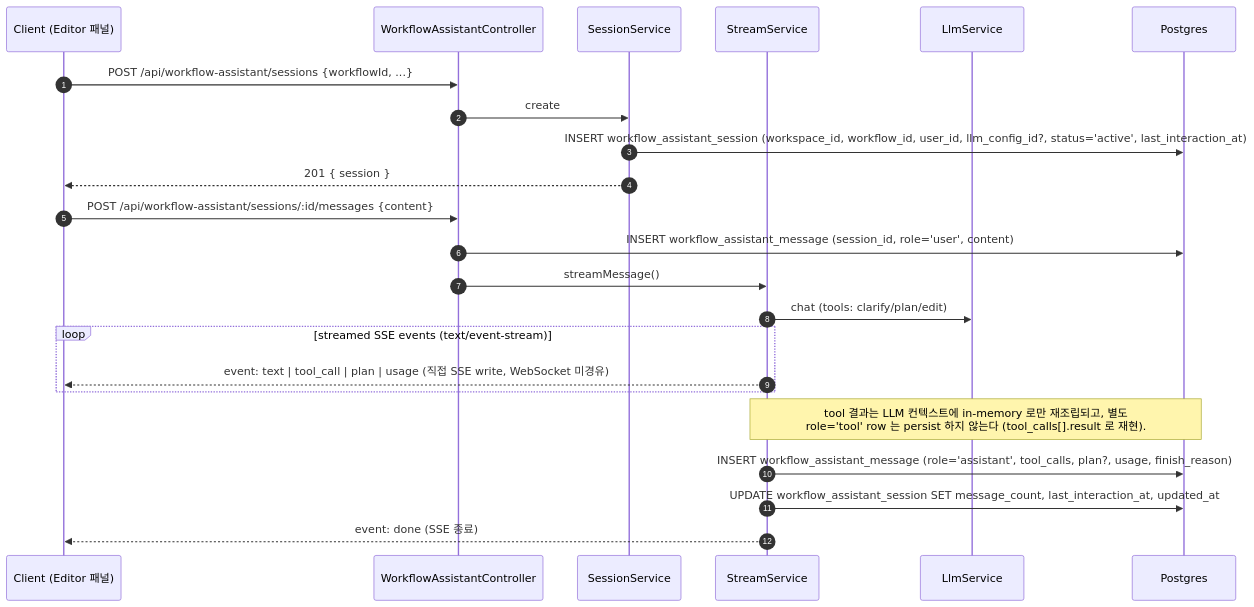
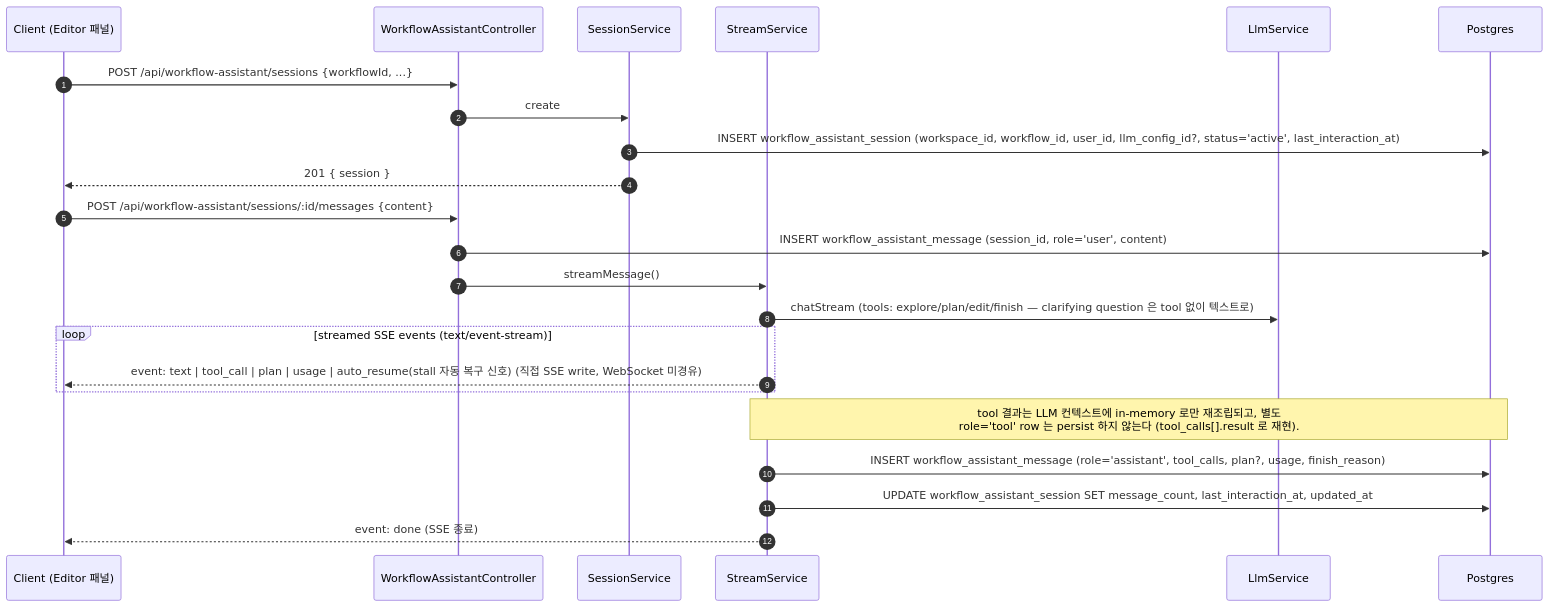
One commit to worker-ants/clemvion changed the second of 3 diagrams in spec/data-flow/11-workflow.md. Above: the diagram before and after it, drawn with Mermaid. The commit also changed other lines of this file and 89 other files, not shown here.

First line of the commit message:
docs(spec): spec↔code 전수 상호 감사 — 역방향 커버리지 + drift 동기화 + data-flow 재구성 (위반 19건 보고) (#516)

````diff
--- a/spec/data-flow/11-workflow.md
+++ b/spec/data-flow/11-workflow.md
@@ -72,27 +88,27 @@
 ```mermaid
 sequenceDiagram
   autonumber
   participant C as Client (Editor 패널)
   participant Ctl as WorkflowAssistantController
   participant SS as SessionService
   participant Stream as StreamService
   participant LLM as LlmService
   participant PG as Postgres
 
   C->>Ctl: POST /api/workflow-assistant/sessions {workflowId, ...}
   Ctl->>SS: create
   SS->>PG: INSERT workflow_assistant_session (workspace_id, workflow_id, user_id, llm_config_id?, status='active', last_interaction_at)
   SS-->>C: 201 { session }
 
   C->>Ctl: POST /api/workflow-assistant/sessions/:id/messages {content}
   Ctl->>PG: INSERT workflow_assistant_message (session_id, role='user', content)
   Ctl->>Stream: streamMessage()
-  Stream->>LLM: chat (tools: clarify/plan/edit)
+  Stream->>LLM: chatStream (tools: explore/plan/edit/finish — clarifying question 은 tool 없이 텍스트로)
   loop streamed SSE events (text/event-stream)
-    Stream-->>C: event: text | tool_call | plan | usage (직접 SSE write, WebSocket 미경유)
+    Stream-->>C: event: text | tool_call | plan | usage | auto_resume(stall 자동 복구 신호) (직접 SSE write, WebSocket 미경유)
   end
   Note over Stream,PG: tool 결과는 LLM 컨텍스트에 in-memory 로만 재조립되고, 별도<br/>role='tool' row 는 persist 하지 않는다 (tool_calls[].result 로 재현).
   Stream->>PG: INSERT workflow_assistant_message (role='assistant', tool_calls, plan?, usage, finish_reason)
   Stream->>PG: UPDATE workflow_assistant_session SET message_count, last_interaction_at, updated_at
   Stream-->>C: event: done (SSE 종료)
 ```
````
